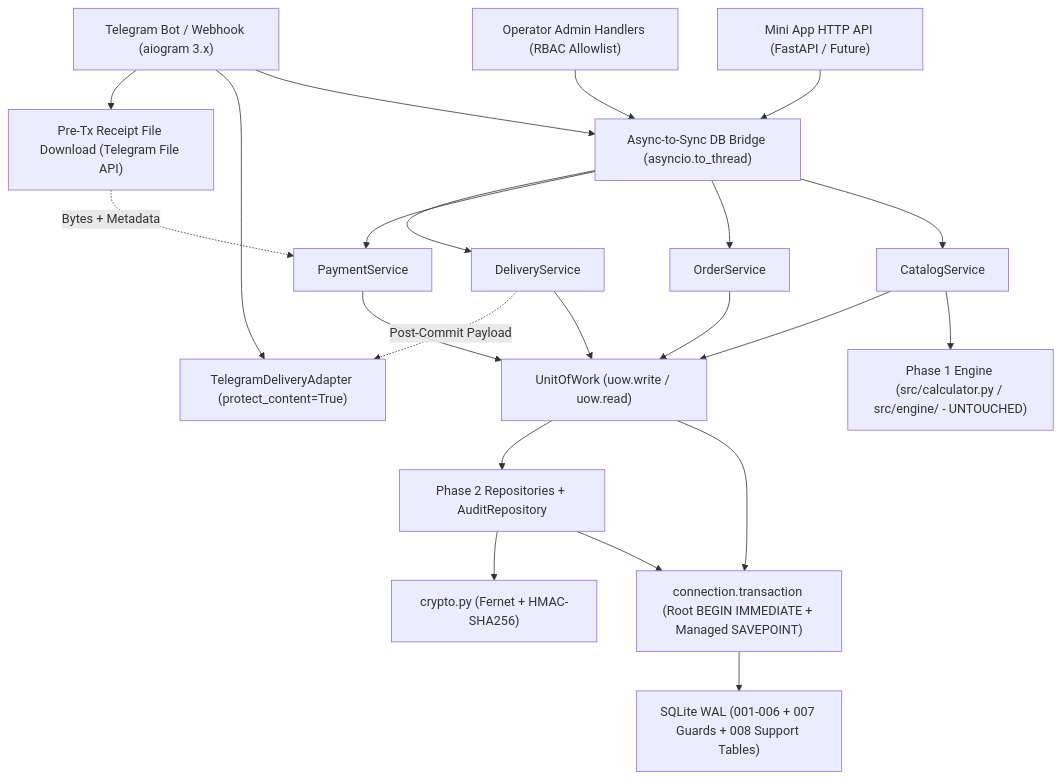
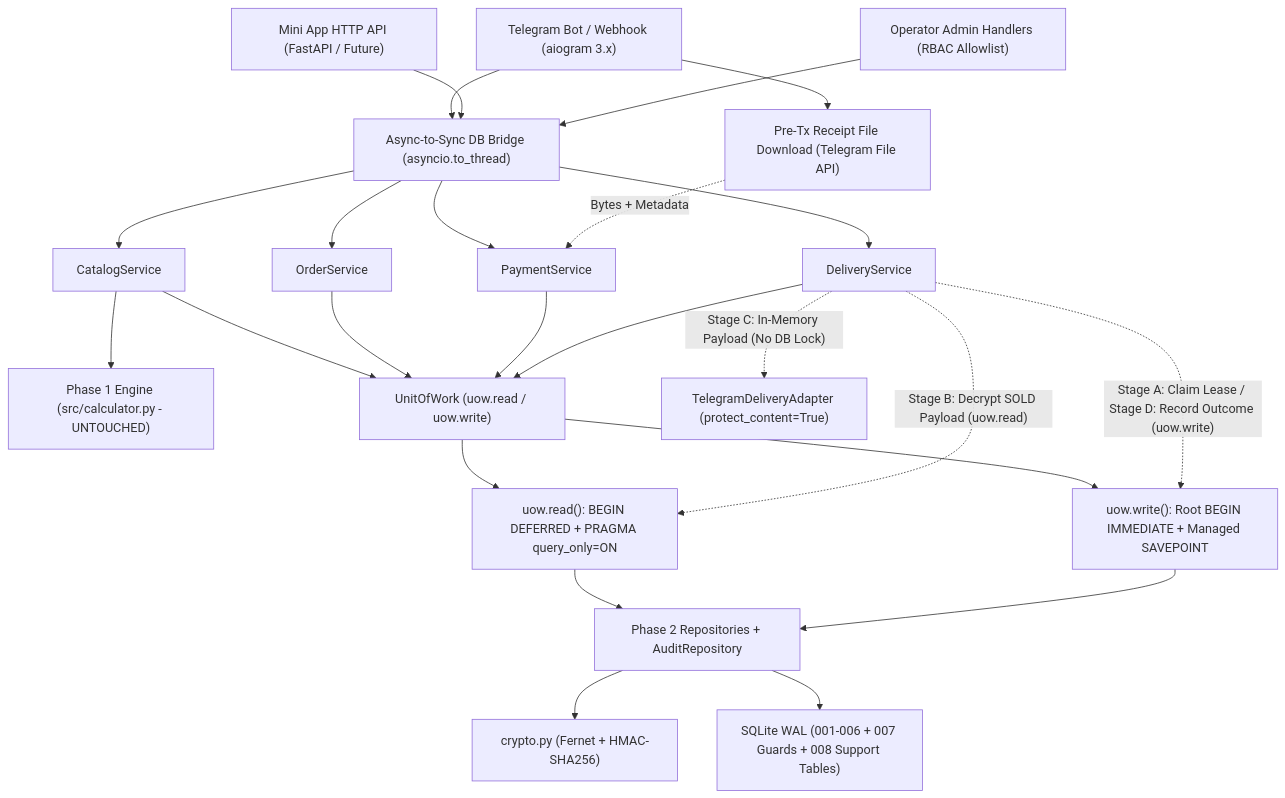
One commit to HipTwinse/ps-service changed the first of 6 diagrams in PHASE3_ARCHITECTURE_DESIGN.md. Above: the diagram before and after it, drawn with Mermaid. The commit also changed other lines of this file, not shown here.

Commit message:
docs(phase3): revision 1 — fix tx registry, migration 007 preflight, 4-stage delivery, and read snapshot semantics

````diff
--- a/PHASE3_ARCHITECTURE_DESIGN.md
+++ b/PHASE3_ARCHITECTURE_DESIGN.md
@@ -74,28 +75,31 @@
 ```mermaid
 flowchart TD
     TG["Telegram Bot / Webhook (aiogram 3.x)"] --> BRIDGE["Async-to-Sync DB Bridge (asyncio.to_thread)"]
     MINI["Mini App HTTP API (FastAPI / Future)"] --> BRIDGE
     OP["Operator Admin Handlers (RBAC Allowlist)"] --> BRIDGE
-    TG --> DLV_ADAPTER["TelegramDeliveryAdapter (protect_content=True)"]
+
     TG --> DL_FILE["Pre-Tx Receipt File Download (Telegram File API)"]
-
     BRIDGE --> SVC_CAT["CatalogService"]
     BRIDGE --> SVC_ORD["OrderService"]
     BRIDGE --> SVC_PAY["PaymentService"]
     BRIDGE --> SVC_DLV["DeliveryService"]
 
-    SVC_CAT --> P1["Phase 1 Engine (src/calculator.py / src/engine/ - UNTOUCHED)"]
-    SVC_ORD --> UOW["UnitOfWork (uow.write / uow.read)"]
+    SVC_CAT --> P1["Phase 1 Engine (src/calculator.py - UNTOUCHED)"]
+    SVC_CAT --> UOW["UnitOfWork (uow.read / uow.write)"]
+    SVC_ORD --> UOW
     SVC_PAY --> UOW
     SVC_DLV --> UOW
-    SVC_CAT --> UOW
 
-    UOW --> TX["connection.transaction (Root BEGIN IMMEDIATE + Managed SAVEPOINT)"]
-    UOW --> REPOS["Phase 2 Repositories + AuditRepository"]
-    REPOS --> TX
+    UOW --> READ["uow.read(): BEGIN DEFERRED + PRAGMA query_only=ON"]
+    UOW --> WRITE["uow.write(): Root BEGIN IMMEDIATE + Managed SAVEPOINT"]
+
+    READ --> REPOS["Phase 2 Repositories + AuditRepository"]
+    WRITE --> REPOS
     REPOS --> CRYPTO["crypto.py (Fernet + HMAC-SHA256)"]
-    TX --> DB["SQLite WAL (001-006 + 007 Guards + 008 Support Tables)"]
+    REPOS --> DB["SQLite WAL (001-006 + 007 Guards + 008 Support Tables)"]
 
-    SVC_DLV -. "Post-Commit Payload" .-> DLV_ADAPTER
+    SVC_DLV -. "Stage A: Claim Lease / Stage D: Record Outcome (uow.write)" .-> WRITE
+    SVC_DLV -. "Stage B: Decrypt SOLD Payload (uow.read)" .-> READ
+    SVC_DLV -. "Stage C: In-Memory Payload (No DB Lock)" .-> DLV_ADAPTER["TelegramDeliveryAdapter (protect_content=True)"]
     DL_FILE -. "Bytes + Metadata" .-> SVC_PAY
 ```
````
